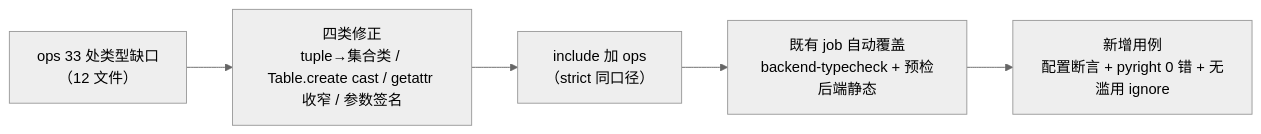
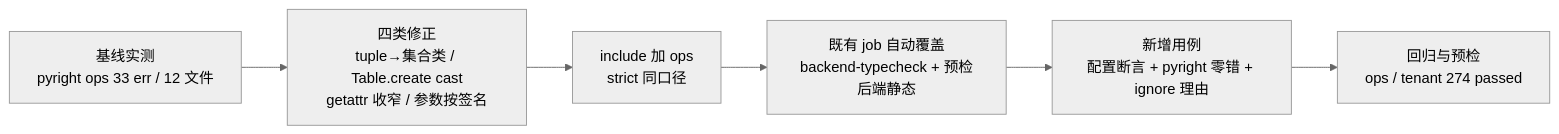
Before and after one commit to minjian123/basic-management-system: the diagram in bms文档/项目/02_后端基座与服务化地基/任务/14_平台模型下沉基座/14_平台模型下沉基座_05_ops类型门禁纳入/实施/01_实施_05_ops类型门禁纳入.md, drawn with Mermaid (neutral theme). The commit also changed other lines of this file and 2 other files, not shown here.

Commit message:
docs(14_05): 实施与测试记录回填（pyright 33→0 / 回归 274 passed / 预检全绿）、计划表 14_05 转已完成与 14_03 偏差闭环

````diff
--- a/bms文档/项目/02_后端基座与服务化地基/任务/14_平台模型下沉基座/14_平台模型下沉基座_05_ops类型门禁纳入/实施/01_实施_05_ops类型门禁纳入.md
+++ b/bms文档/项目/02_后端基座与服务化地基/任务/14_平台模型下沉基座/14_平台模型下沉基座_05_ops类型门禁纳入/实施/01_实施_05_ops类型门禁纳入.md
@@ -24,7 +24,8 @@
 ```mermaid
 flowchart LR
-    A["ops 33 处类型缺口<br/>（12 文件）"] --> B["四类修正<br/>tuple→集合类 / Table.create cast / getattr 收窄 / 参数签名"]
-    B --> C["include 加 ops<br/>（strict 同口径）"]
+    A["基线实测<br/>pyright ops 33 err / 12 文件"] --> B["四类修正<br/>tuple→集合类 / Table.create cast<br/>getattr 收窄 / 参数按签名"]
+    B --> C["include 加 ops<br/>strict 同口径"]
     C --> D["既有 job 自动覆盖<br/>backend-typecheck + 预检后端静态"]
-    D --> E["新增用例<br/>配置断言 + pyright 0 错 + 无滥用 ignore"]
+    D --> E["新增用例<br/>配置断言 + pyright 零错 + ignore 理由"]
+    E --> F["回归与预检<br/>ops / tenant 274 passed"]
 ```
````
